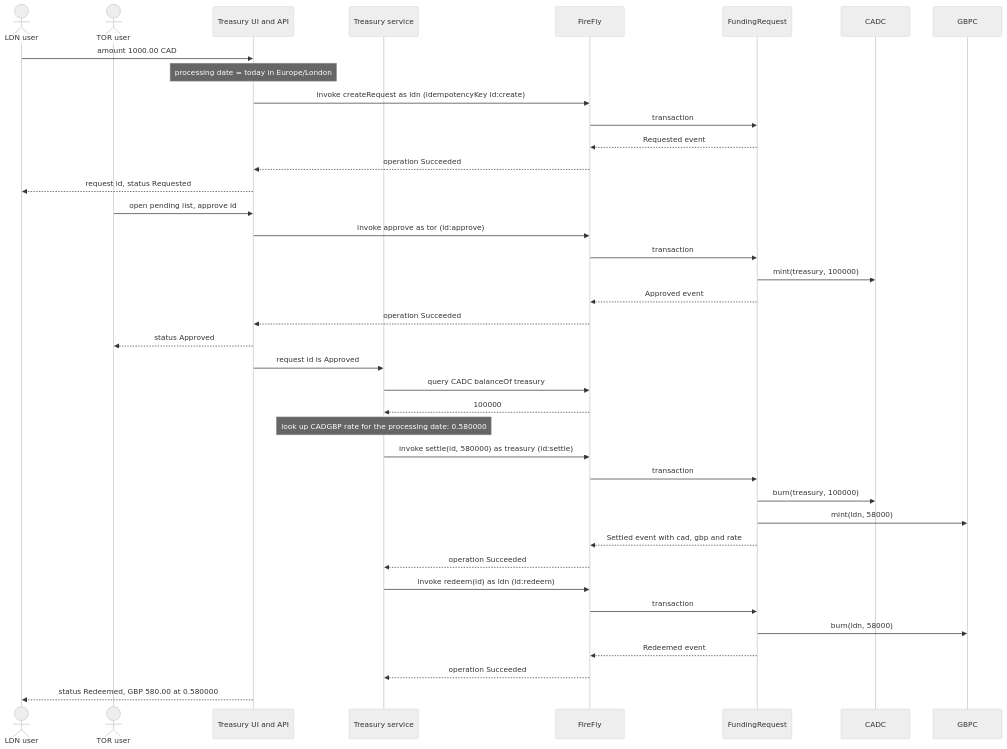
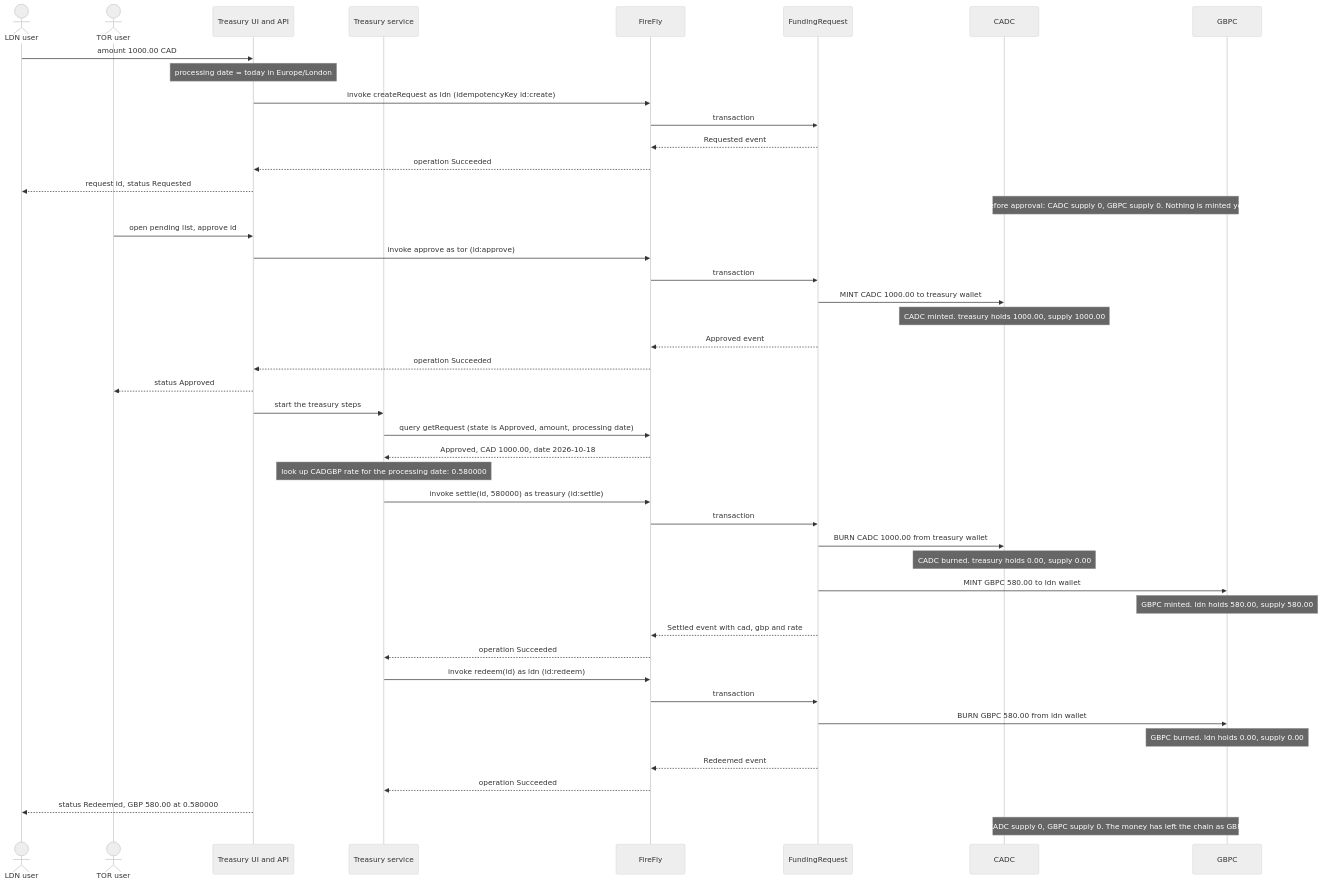
One commit to hohowin/besu-with-firefly changed the first of 2 diagrams in docs/treasury-use-case/use-case.md. Above: the diagram before and after it, drawn with Mermaid (neutral theme). The commit also changed other lines of this file, not shown here.

Commit message:
docs: treasury use case states when each currency is minted and burnt

````diff
--- a/docs/treasury-use-case/use-case.md
+++ b/docs/treasury-use-case/use-case.md
@@ -27,45 +27,52 @@
 ```mermaid
 sequenceDiagram
     actor L as LDN user
     actor T as TOR user
     participant UI as Treasury UI and API
     participant TS as Treasury service
     participant FF as FireFly
     participant FR as FundingRequest
     participant CAD as CADC
     participant GBP as GBPC
 
     L->>UI: amount 1000.00 CAD
     Note over UI: processing date = today in Europe/London
     UI->>FF: invoke createRequest as ldn (idempotencyKey id:create)
     FF->>FR: transaction
     FR-->>FF: Requested event
     FF-->>UI: operation Succeeded
     UI-->>L: request id, status Requested
 
+    Note over CAD,GBP: Before approval: CADC supply 0, GBPC supply 0. Nothing is minted yet.
+
     T->>UI: open pending list, approve id
     UI->>FF: invoke approve as tor (id:approve)
     FF->>FR: transaction
-    FR->>CAD: mint(treasury, 100000)
+    FR->>CAD: MINT CADC 1000.00 to treasury wallet
+    Note over CAD: CADC minted. treasury holds 1000.00, supply 1000.00
     FR-->>FF: Approved event
     FF-->>UI: operation Succeeded
     UI-->>T: status Approved
 
-    UI->>TS: request id is Approved
-    TS->>FF: query CADC balanceOf treasury
-    FF-->>TS: 100000
+    UI->>TS: start the treasury steps
+    TS->>FF: query getRequest (state is Approved, amount, processing date)
+    FF-->>TS: Approved, CAD 1000.00, date 2026-10-18
     Note over TS: look up CADGBP rate for the processing date: 0.580000
     TS->>FF: invoke settle(id, 580000) as treasury (id:settle)
     FF->>FR: transaction
-    FR->>CAD: burn(treasury, 100000)
-    FR->>GBP: mint(ldn, 58000)
+    FR->>CAD: BURN CADC 1000.00 from treasury wallet
+    Note over CAD: CADC burned. treasury holds 0.00, supply 0.00
+    FR->>GBP: MINT GBPC 580.00 to ldn wallet
+    Note over GBP: GBPC minted. ldn holds 580.00, supply 580.00
     FR-->>FF: Settled event with cad, gbp and rate
     FF-->>TS: operation Succeeded
 
     TS->>FF: invoke redeem(id) as ldn (id:redeem)
     FF->>FR: transaction
-    FR->>GBP: burn(ldn, 58000)
+    FR->>GBP: BURN GBPC 580.00 from ldn wallet
+    Note over GBP: GBPC burned. ldn holds 0.00, supply 0.00
     FR-->>FF: Redeemed event
     FF-->>TS: operation Succeeded
     UI-->>L: status Redeemed, GBP 580.00 at 0.580000
+    Note over CAD,GBP: After redemption: CADC supply 0, GBPC supply 0. The money has left the chain as GBP paid out off-chain.
 ```
````
